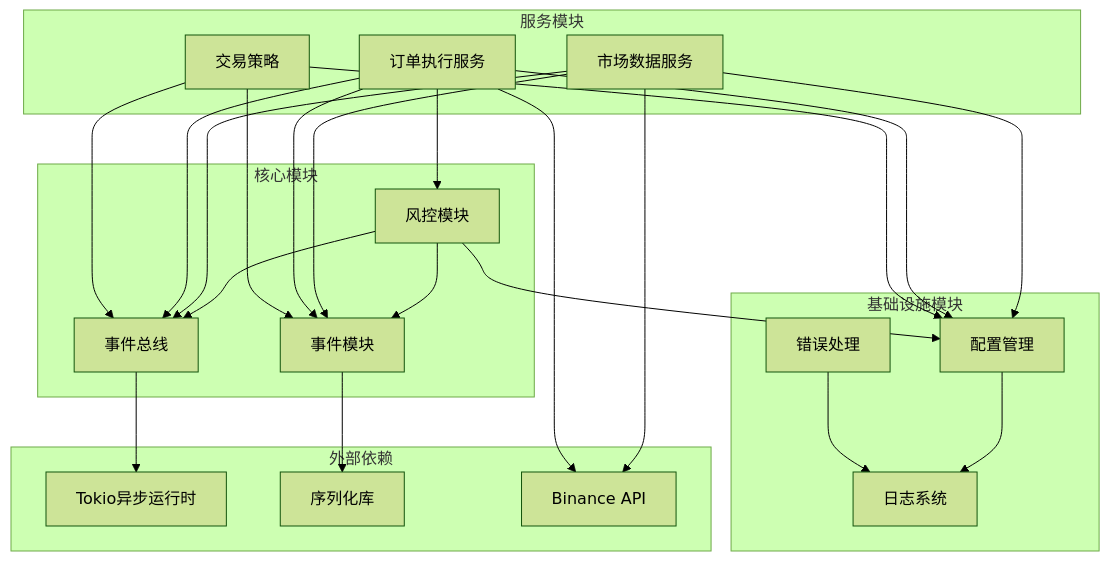
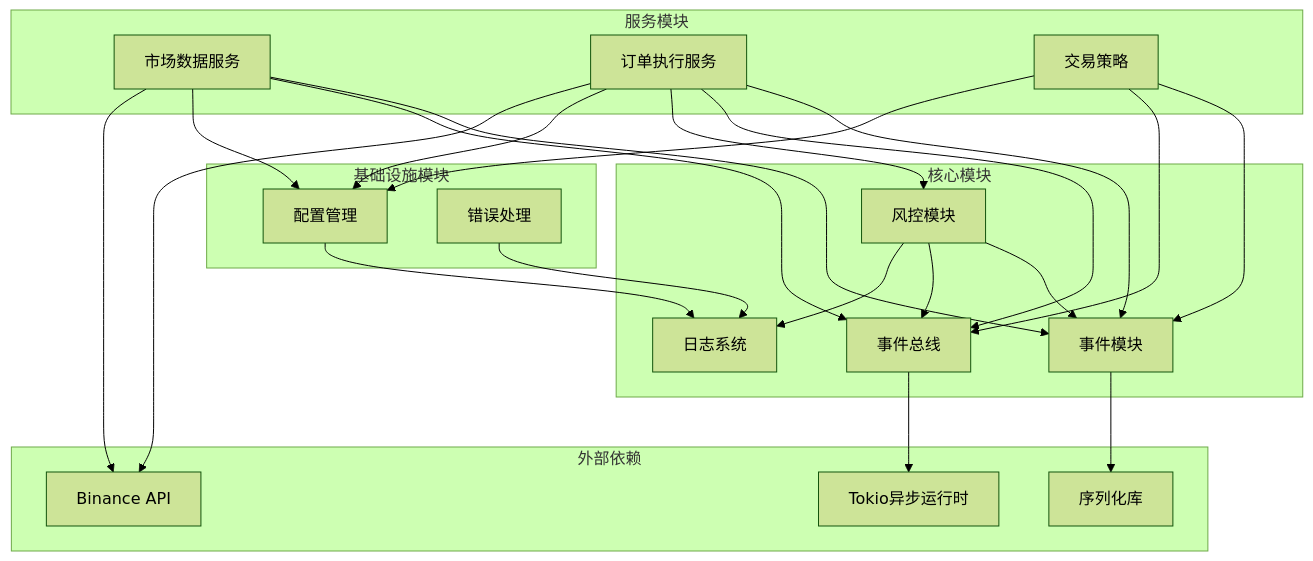
The seventh of 8 diagrams in .qoder/repowiki/zh/content/核心模块/风控管理系统.md (Heres1/binanceWebsocket), drawn with Mermaid (forest theme) before and after one commit. The commit also changed other lines of this file and 8 other files, not shown here.

````diff
--- a/.qoder/repowiki/zh/content/核心模块/风控管理系统.md
+++ b/.qoder/repowiki/zh/content/核心模块/风控管理系统.md
@@ -372,42 +383,42 @@
 ```mermaid
 graph TB
 subgraph "核心模块"
 Risk[风控模块]
 Events[事件模块]
 EventBus[事件总线]
+Logger[日志系统]
 end
 subgraph "服务模块"
 MarketData[市场数据服务]
 OrderExec[订单执行服务]
 Strategy[交易策略]
 end
 subgraph "基础设施模块"
 Config[配置管理]
-Logger[日志系统]
 Error[错误处理]
 end
 subgraph "外部依赖"
 Tokio[Tokio异步运行时]
 Serde[序列化库]
 Binance[Binance API]
 end
 Risk --> Events
 Risk --> EventBus
-Risk --> Config
+Risk --> Logger
 MarketData --> Events
 MarketData --> EventBus
 MarketData --> Config
 OrderExec --> Events
 OrderExec --> EventBus
 OrderExec --> Risk
 OrderExec --> Config
 Strategy --> Events
 Strategy --> EventBus
 Strategy --> Config
 EventBus --> Tokio
 Events --> Serde
 MarketData --> Binance
 OrderExec --> Binance
 Config --> Logger
 Error --> Logger
 ```
````
